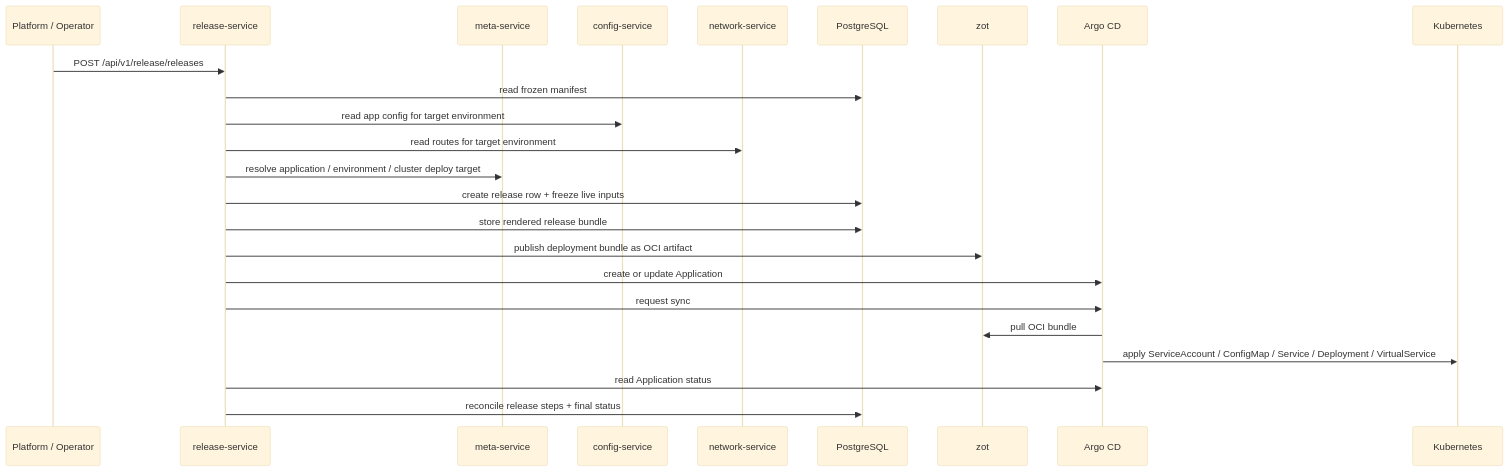
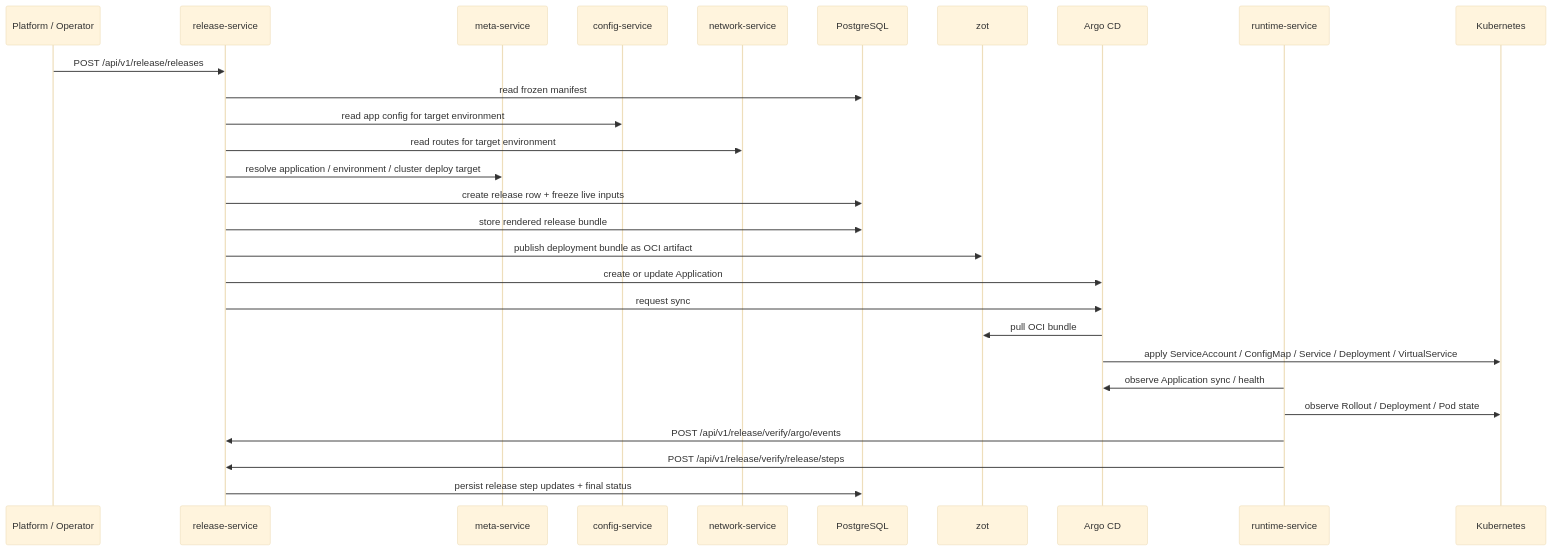
The third of 6 diagrams in docs/system/diagrams.md (bsonger/devflow-service), drawn with Mermaid (base theme) before and after one commit. The commit also changed other lines of this file and 4 other files, not shown here.

Commit message:
docs align release rollout observation boundary

````diff
--- a/docs/system/diagrams.md
+++ b/docs/system/diagrams.md
@@ -97,27 +97,31 @@
 ```mermaid
 sequenceDiagram
     participant U as Platform / Operator
     participant RS as release-service
     participant META as meta-service
     participant CS as config-service
     participant NS as network-service
     participant PG as PostgreSQL
     participant ZOT as zot
     participant ARGO as Argo CD
+    participant RTS as runtime-service
     participant K8S as Kubernetes
 
     U->>RS: POST /api/v1/release/releases
     RS->>PG: read frozen manifest
     RS->>CS: read app config for target environment
     RS->>NS: read routes for target environment
     RS->>META: resolve application / environment / cluster deploy target
     RS->>PG: create release row + freeze live inputs
     RS->>PG: store rendered release bundle
     RS->>ZOT: publish deployment bundle as OCI artifact
     RS->>ARGO: create or update Application
     RS->>ARGO: request sync
     ARGO->>ZOT: pull OCI bundle
     ARGO->>K8S: apply ServiceAccount / ConfigMap / Service / Deployment / VirtualService
-    RS->>ARGO: read Application status
-    RS->>PG: reconcile release steps + final status
+    RTS->>ARGO: observe Application sync / health
+    RTS->>K8S: observe Rollout / Deployment / Pod state
+    RTS->>RS: POST /api/v1/release/verify/argo/events
+    RTS->>RS: POST /api/v1/release/verify/release/steps
+    RS->>PG: persist release step updates + final status
 ```
````
